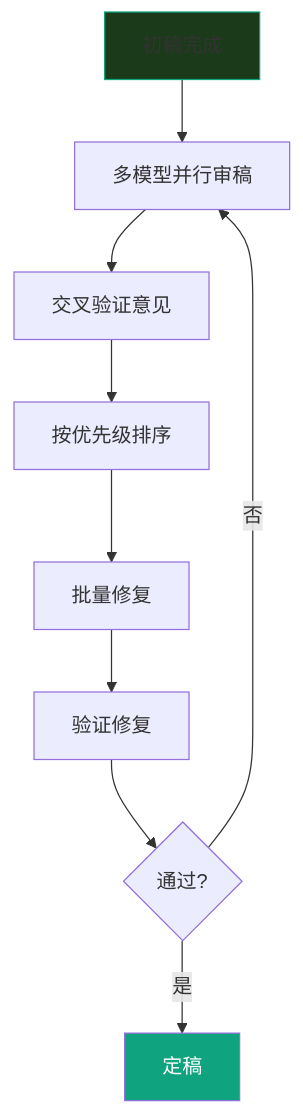
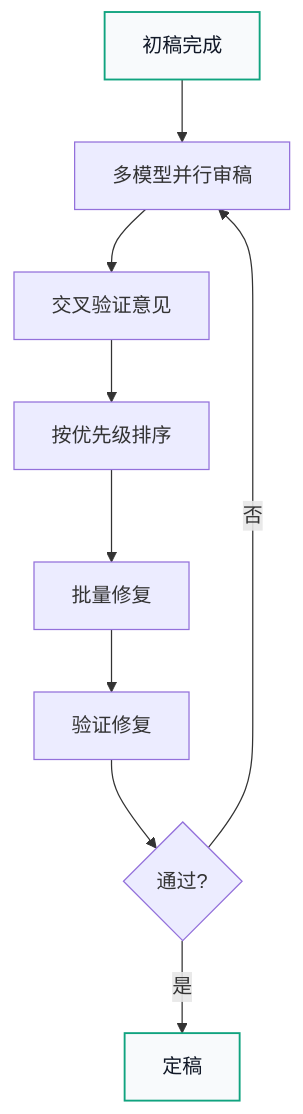
The first of 2 diagrams in src/content/docs/review/structured.mdx (yiweinanzi/ai-research-ebook), drawn with Mermaid before and after one commit. The commit also changed 5 other files, not shown here.

````diff
--- a/src/content/docs/review/structured.mdx
+++ b/src/content/docs/review/structured.mdx
@@ -12,14 +12,14 @@
 ```mermaid
 flowchart TD
     A[初稿完成] --> B[多模型并行审稿]
     B --> C[交叉验证意见]
     C --> D[按优先级排序]
     D --> E[批量修复]
     E --> F[验证修复]
     F --> G{通过?}
     G -->|否| B
     G -->|是| H[定稿]
 
-    style A fill:#1a3a1a,stroke:#10a37f
-    style H fill:#10a37f,color:#fff
+    classDef key fill:#f8fafc,stroke:#10a37f,stroke-width:1.5px,color:#111827
+    class A,H key
 ```
````
